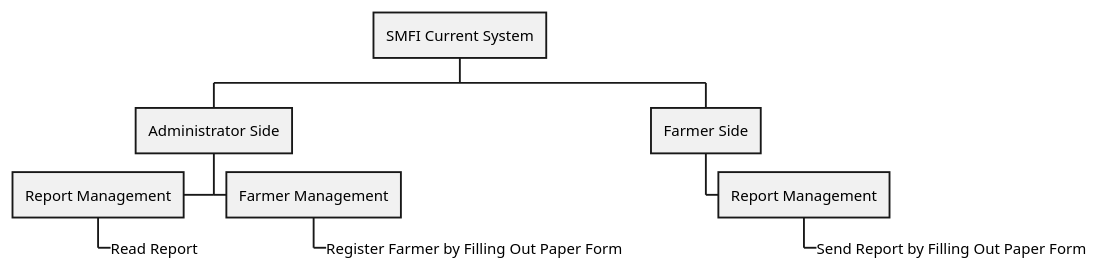
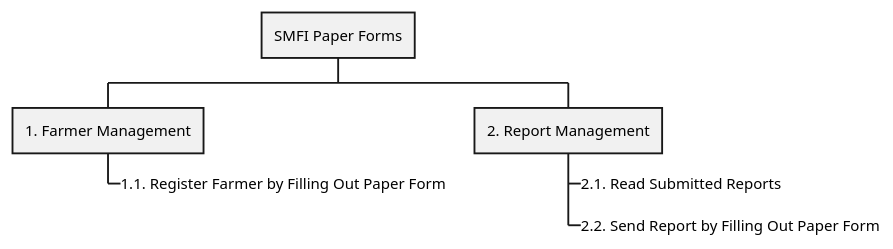
Before and after one commit to radical-doubting/anikultura-diagrams: the diagram in plantuml/current/fdd.wsd, drawn with PlantUML. The commit also changed 1 other file, not shown here.

```diff
--- a/plantuml/current/fdd.wsd
+++ b/plantuml/current/fdd.wsd
@@ -1,18 +1,12 @@
 @startwbs
 
-* SMFI Current System
+* SMFI Paper Forms
 
-** Administrator Side
+** 1. Farmer Management
+***_ 1.1. Register Farmer by Filling Out Paper Form
 
-*** Farmer Management
-****_ Register Farmer by Filling Out Paper Form
-
-***< Report Management
-****_ Read Report
-
-** Farmer Side
-
-*** Report Management
-****_ Send Report by Filling Out Paper Form
+** 2. Report Management
+***_ 2.1. Read Submitted Reports
+***_ 2.2. Send Report by Filling Out Paper Form
 
 @endwbs
```
